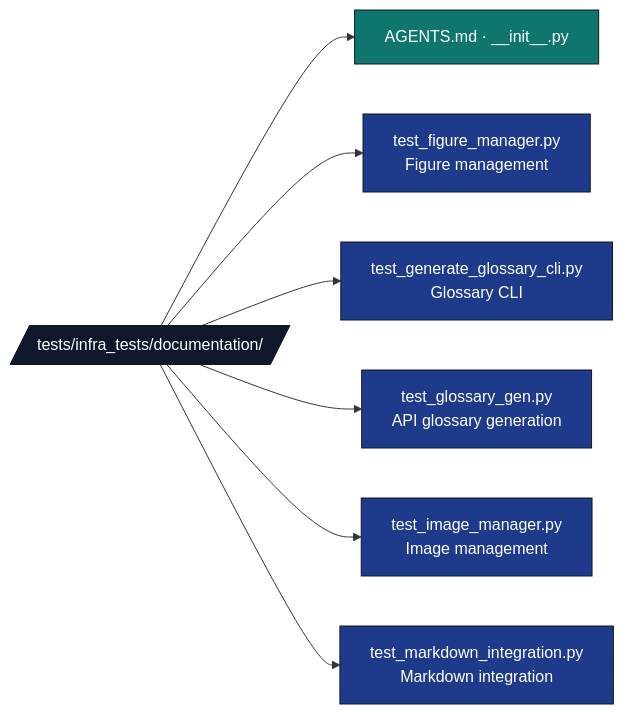
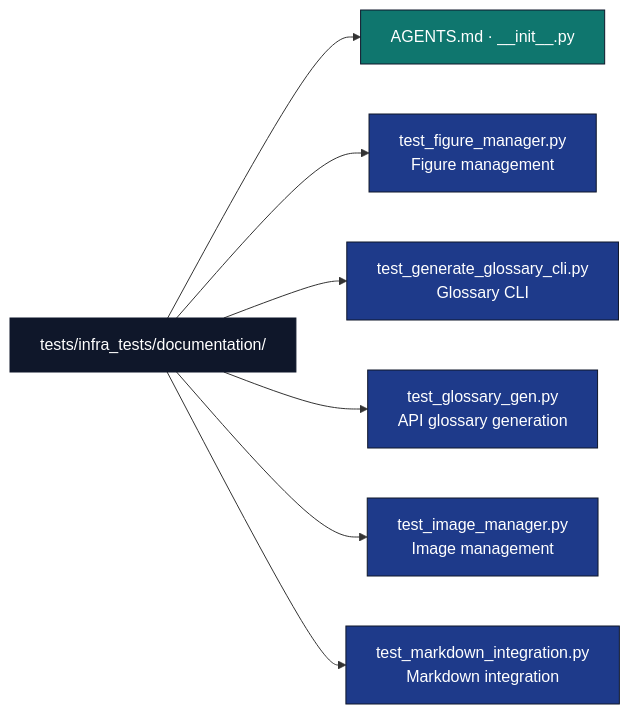
Before and after one commit to docxology/template: the diagram in tests/infra_tests/documentation/AGENTS.md, drawn with Mermaid. The commit also changed 94 other files, not shown here.

````diff
--- a/tests/infra_tests/documentation/AGENTS.md
+++ b/tests/infra_tests/documentation/AGENTS.md
@@ -9,17 +9,17 @@
 ```mermaid
 flowchart LR
-    T[/tests/infra_tests/documentation//]
+    T[tests/infra_tests/documentation/]
     T --> META[AGENTS.md · __init__.py]
     T --> FIG[test_figure_manager.py<br/>Figure management]
     T --> GCLI[test_generate_glossary_cli.py<br/>Glossary CLI]
     T --> GGEN[test_glossary_gen.py<br/>API glossary generation]
     T --> IMG[test_image_manager.py<br/>Image management]
     T --> MD[test_markdown_integration.py<br/>Markdown integration]
 
     classDef d fill:#0f172a,stroke:#0f172a,color:#fff
     classDef test fill:#1e3a8a,stroke:#0f172a,color:#fff
     classDef doc fill:#0f766e,stroke:#0f172a,color:#fff
     class T d
     class FIG,GCLI,GGEN,IMG,MD test
     class META doc
 ```
````
